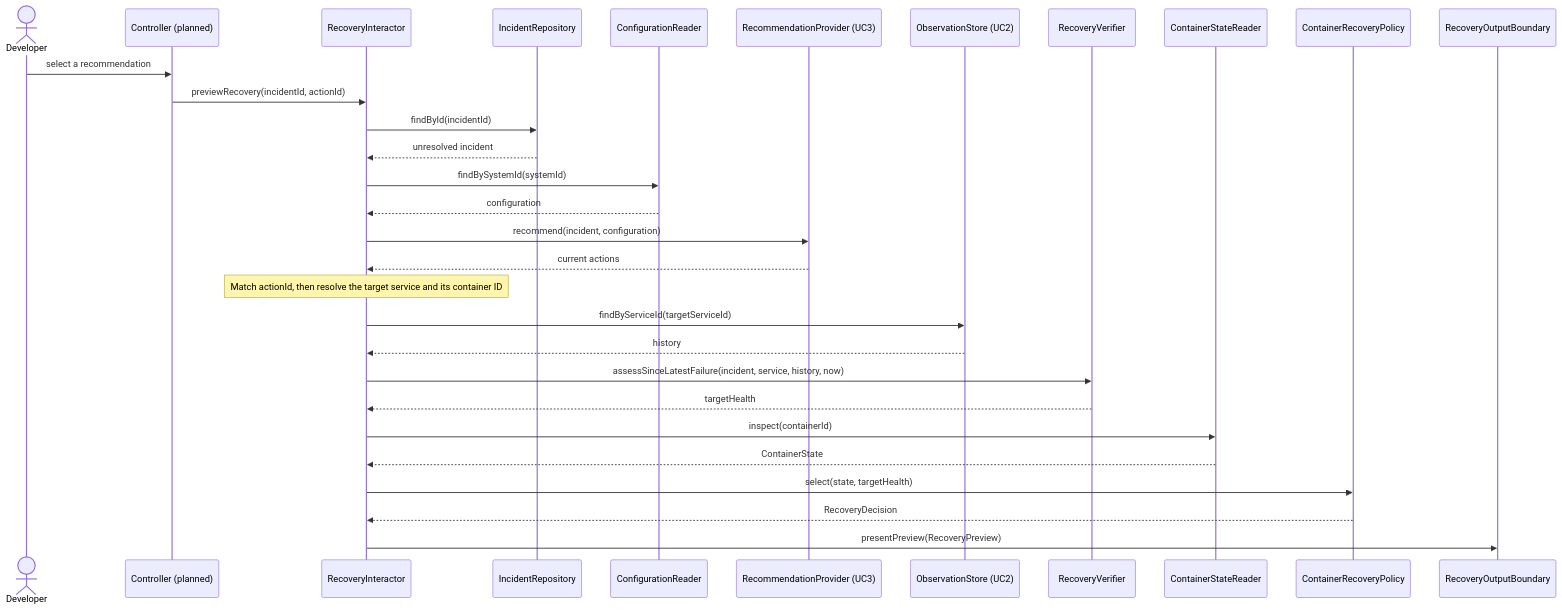
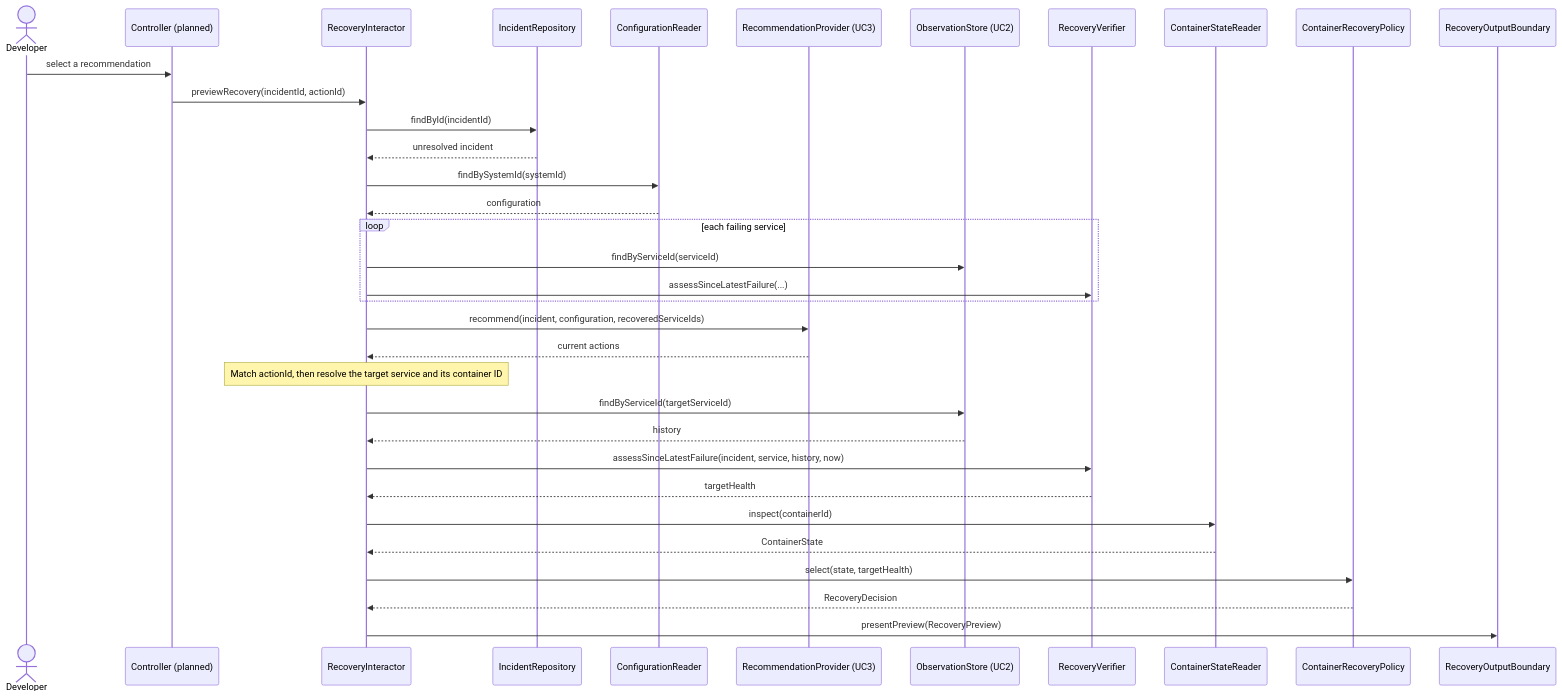
Before and after one commit to CSC207-0201-Team14/team-project: the third of 5 diagrams in docs/uc4-recover-service.md, drawn with Mermaid. The commit also changed other lines of this file and 3 other files, not shown here.

````diff
--- a/docs/uc4-recover-service.md
+++ b/docs/uc4-recover-service.md
@@ -224,33 +225,37 @@
 ```mermaid
 sequenceDiagram
     actor Dev as Developer
     participant UI as Controller (planned)
     participant I as RecoveryInteractor
     participant IR as IncidentRepository
     participant CR as ConfigurationReader
     participant RP as RecommendationProvider (UC3)
     participant OS as ObservationStore (UC2)
     participant V as RecoveryVerifier
     participant CS as ContainerStateReader
     participant P as ContainerRecoveryPolicy
     participant O as RecoveryOutputBoundary
 
     Dev->>UI: select a recommendation
     UI->>I: previewRecovery(incidentId, actionId)
     I->>IR: findById(incidentId)
     IR-->>I: unresolved incident
     I->>CR: findBySystemId(systemId)
     CR-->>I: configuration
-    I->>RP: recommend(incident, configuration)
+    loop each failing service
+        I->>OS: findByServiceId(serviceId)
+        I->>V: assessSinceLatestFailure(...)
+    end
+    I->>RP: recommend(incident, configuration, recoveredServiceIds)
     RP-->>I: current actions
     Note over I: Match actionId, then resolve the target service and its container ID
     I->>OS: findByServiceId(targetServiceId)
     OS-->>I: history
     I->>V: assessSinceLatestFailure(incident, service, history, now)
     V-->>I: targetHealth
     I->>CS: inspect(containerId)
     CS-->>I: ContainerState
     I->>P: select(state, targetHealth)
     P-->>I: RecoveryDecision
     I->>O: presentPreview(RecoveryPreview)
 ```
````
